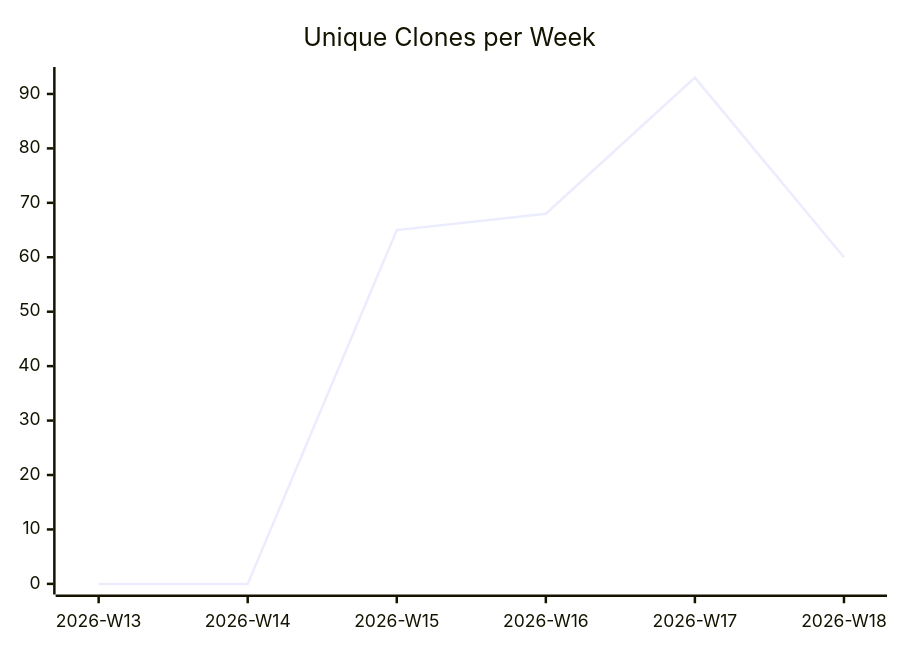
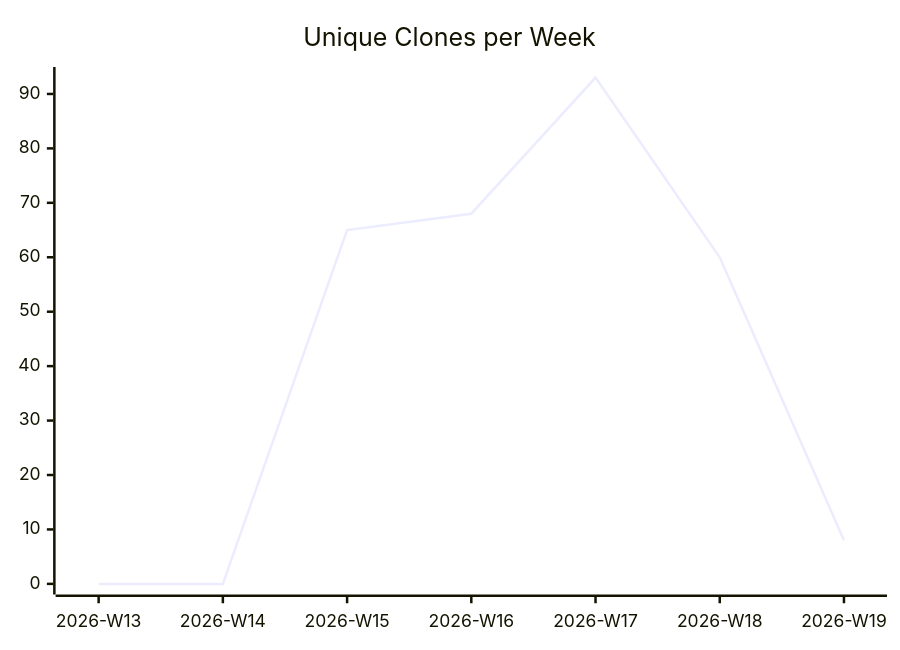
Before and after one commit to justdavis-family/github-analytics-data: the third of 3 diagrams in justdavis-family/github-analytics-data/README.md, drawn with Mermaid. The commit also changed other lines of this file and 187 other files, not shown here.

````diff
--- a/justdavis-family/github-analytics-data/README.md
+++ b/justdavis-family/github-analytics-data/README.md
@@ -19,6 +19,6 @@
 ```mermaid
 xychart-beta
   title "Unique Clones per Week"
-  x-axis ["2026-W13", "2026-W14", "2026-W15", "2026-W16", "2026-W17", "2026-W18"]
-  line [0, 0, 65, 68, 93, 60]
+  x-axis ["2026-W13", "2026-W14", "2026-W15", "2026-W16", "2026-W17", "2026-W18", "2026-W19"]
+  line [0, 0, 65, 68, 93, 60, 8]
 ```
````
